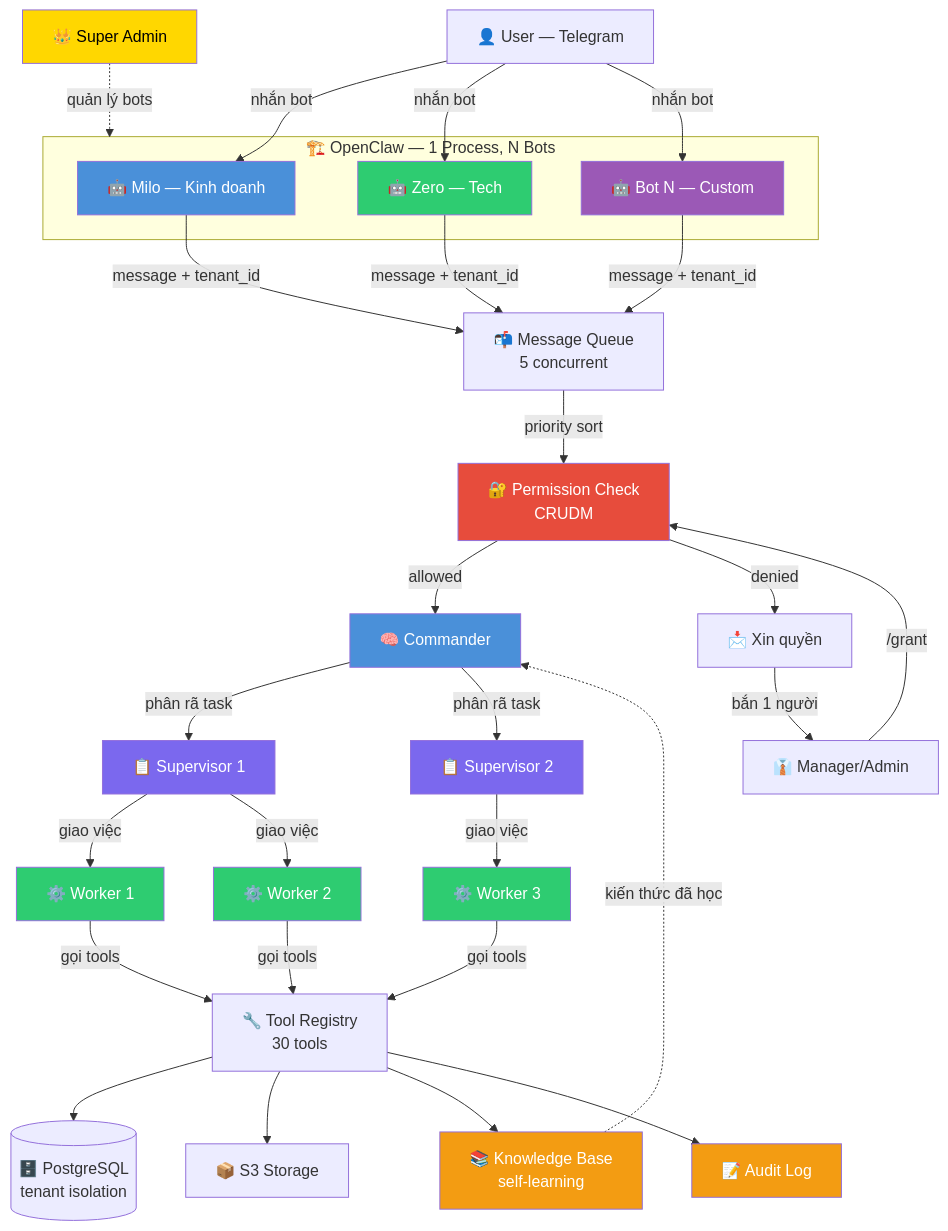
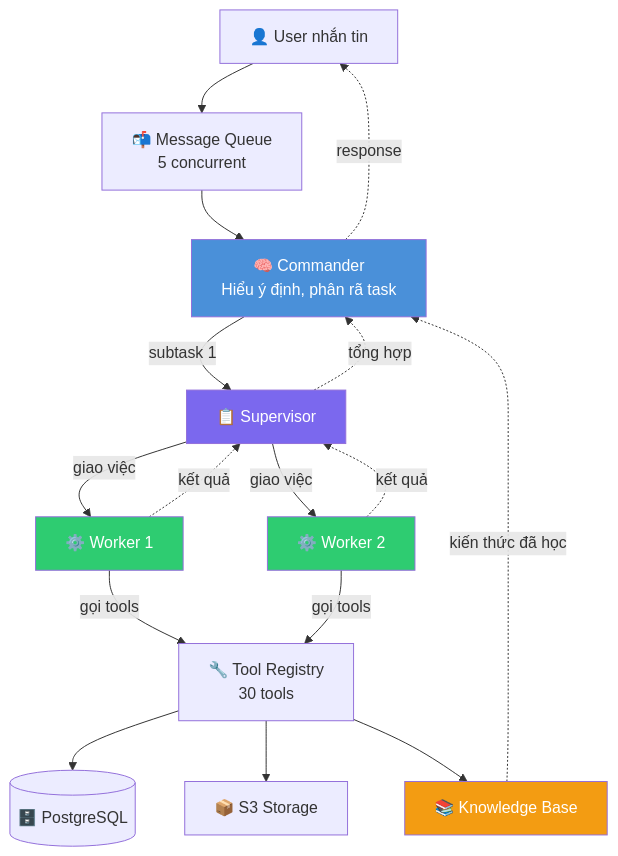
The second of 4 diagrams in README.md (TungND2k2/OpenClaw), drawn with Mermaid before and after one commit. The commit also changed other lines of this file, not shown here.

Commit message:
docs: split into 3 diagrams — multi-bot, agent pipeline, permissions

````diff
--- a/README.md
+++ b/README.md
@@ -13,49 +51,25 @@
 ```mermaid
 graph TD
-    SA[👑 Super Admin] -.->|quản lý bots| SYS
+    U[👤 User nhắn tin] --> Q[📬 Message Queue<br/>5 concurrent]
+    Q --> C[🧠 Commander<br/>Hiểu ý định, phân rã task]
 
-    subgraph SYS[🏗️ OpenClaw — 1 Process, N Bots]
-        B1[🤖 Milo — Kinh doanh]
-        B2[🤖 Zero — Tech]
-        BN[🤖 Bot N — Custom]
-    end
-
-    U[👤 User — Telegram] -->|nhắn bot| B1 & B2 & BN
-    B1 & B2 & BN -->|message + tenant_id| Q[📬 Message Queue<br/>5 concurrent]
-
-    Q -->|priority sort| P[🔐 Permission Check<br/>CRUDM]
-    P -->|allowed| C[🧠 Commander]
-    P -->|denied| AR[📩 Xin quyền]
-    AR -->|bắn 1 người| MGR[👔 Manager/Admin]
-    MGR -->|/grant| P
-
-    C -->|phân rã task| S1[📋 Supervisor 1]
-    C -->|phân rã task| S2[📋 Supervisor 2]
-
+    C -->|subtask 1| S1[📋 Supervisor]
     S1 -->|giao việc| W1[⚙️ Worker 1]
     S1 -->|giao việc| W2[⚙️ Worker 2]
-    S2 -->|giao việc| W3[⚙️ Worker 3]
 
-    W1 & W2 & W3 -->|gọi tools| T[🔧 Tool Registry<br/>30 tools]
-
-    T --> DB[(🗄️ PostgreSQL<br/>tenant isolation)]
+    W1 & W2 -->|gọi tools| T[🔧 Tool Registry<br/>30 tools]
+    T --> DB[(🗄️ PostgreSQL)]
     T --> S3[📦 S3 Storage]
-    T --> KB[📚 Knowledge Base<br/>self-learning]
-    T --> AL[📝 Audit Log]
+    T --> KB[📚 Knowledge Base]
 
     KB -.->|kiến thức đã học| C
+    W1 & W2 -.->|kết quả| S1
+    S1 -.->|tổng hợp| C
+    C -.->|response| U
 
-    style SA fill:#FFD700,color:#000
-    style B1 fill:#4A90D9,color:#fff
-    style B2 fill:#2ECC71,color:#fff
-    style BN fill:#9B59B6,color:#fff
     style C fill:#4A90D9,color:#fff
-    style P fill:#E74C3C,color:#fff
     style S1 fill:#7B68EE,color:#fff
-    style S2 fill:#7B68EE,color:#fff
     style W1 fill:#2ECC71,color:#fff
     style W2 fill:#2ECC71,color:#fff
-    style W3 fill:#2ECC71,color:#fff
-    style AL fill:#F39C12,color:#fff
     style KB fill:#F39C12,color:#fff
 ```
````
